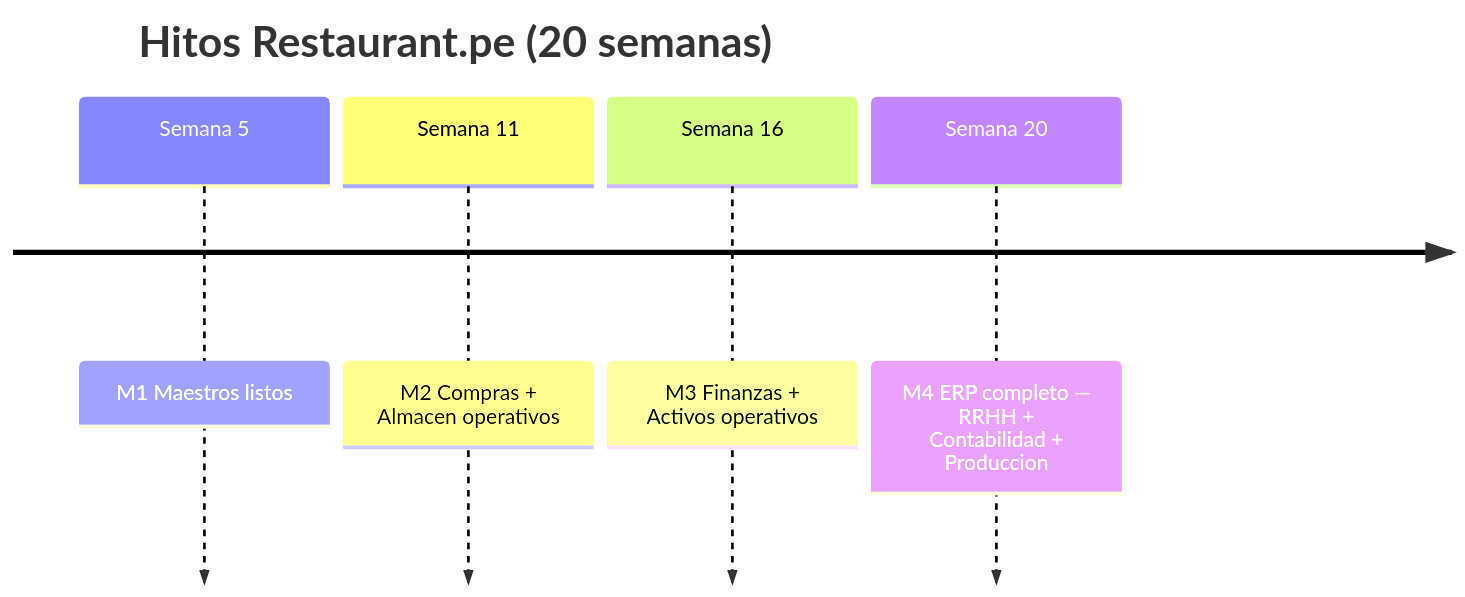
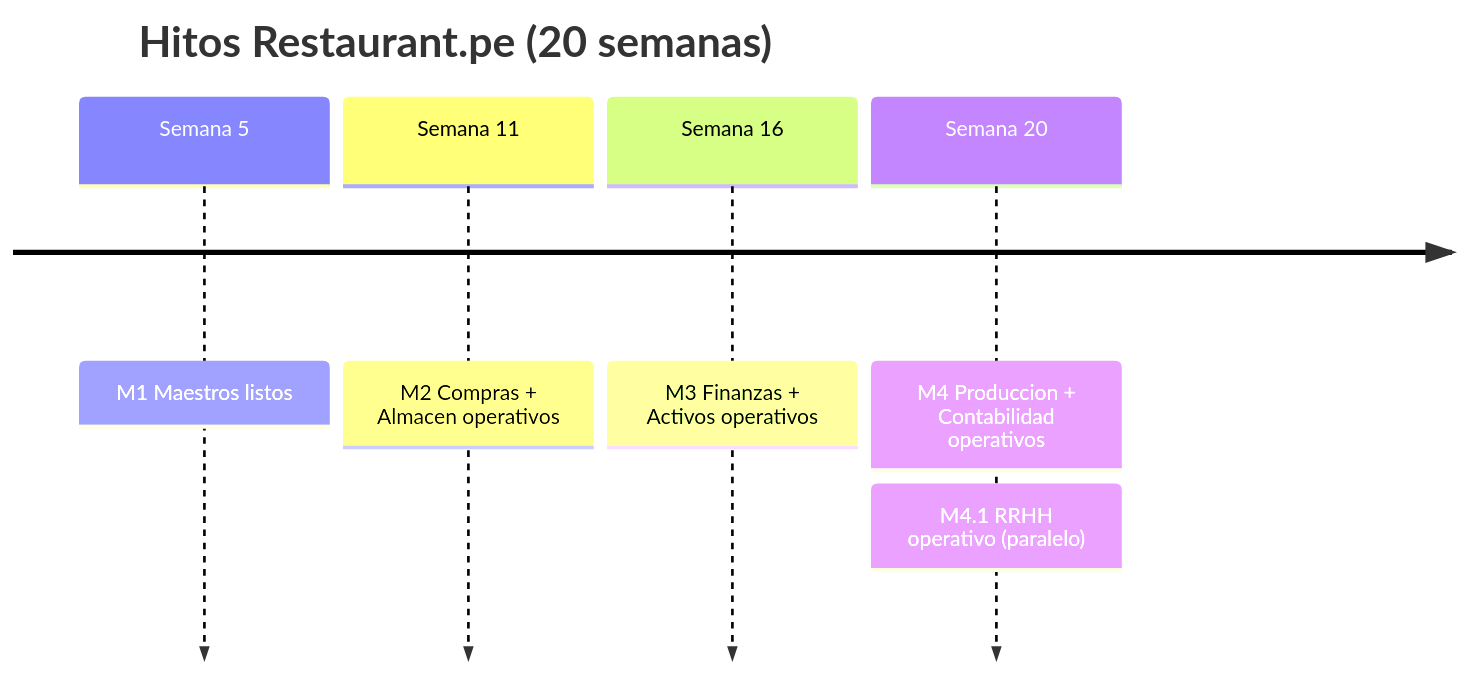
One commit to jramirezch1978/sigre_web changed the sixth of 12 diagrams in restaurante.pe/ROADMAP_RESTAURANT_PE.md. Above: the diagram before and after it, drawn with Mermaid. The commit also changed other lines of this file, not shown here.

Commit message:
refactor: Separar Fase 4 (Produccion+Contabilidad) y Fase 4.1 (RRHH en paralelo) como fases independientes

````diff
--- a/restaurante.pe/ROADMAP_RESTAURANT_PE.md
+++ b/restaurante.pe/ROADMAP_RESTAURANT_PE.md
@@ -420,8 +439,9 @@
 ```mermaid
 timeline
     title Hitos Restaurant.pe (20 semanas)
     Semana 5  : M1 Maestros listos
     Semana 11 : M2 Compras + Almacen operativos
     Semana 16 : M3 Finanzas + Activos operativos
-    Semana 20 : M4 ERP completo — RRHH + Contabilidad + Produccion
+    Semana 20 : M4 Produccion + Contabilidad operativos
+             : M4.1 RRHH operativo (paralelo)
 ```
````
